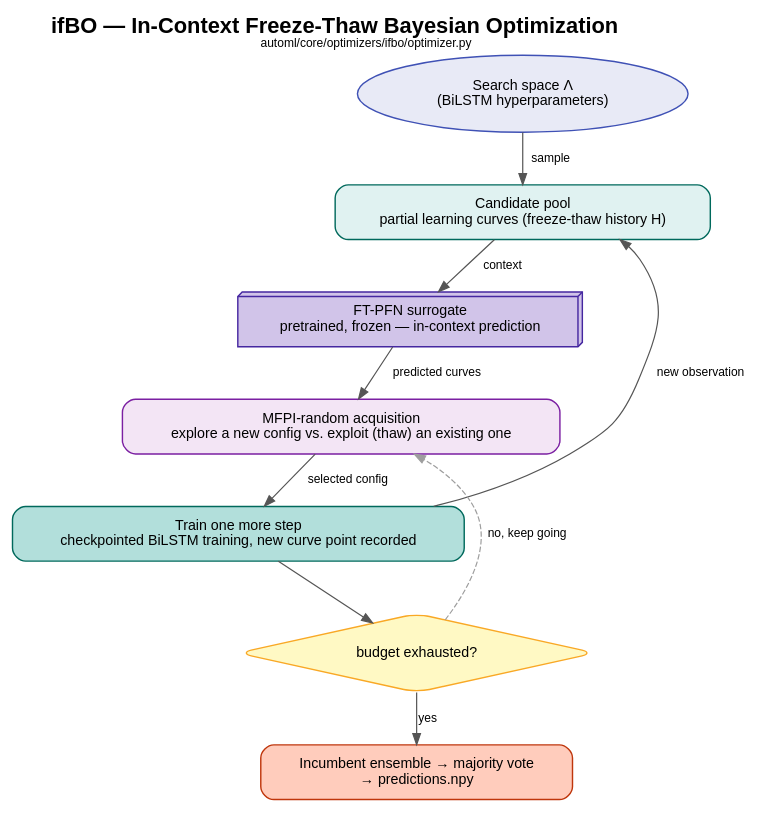
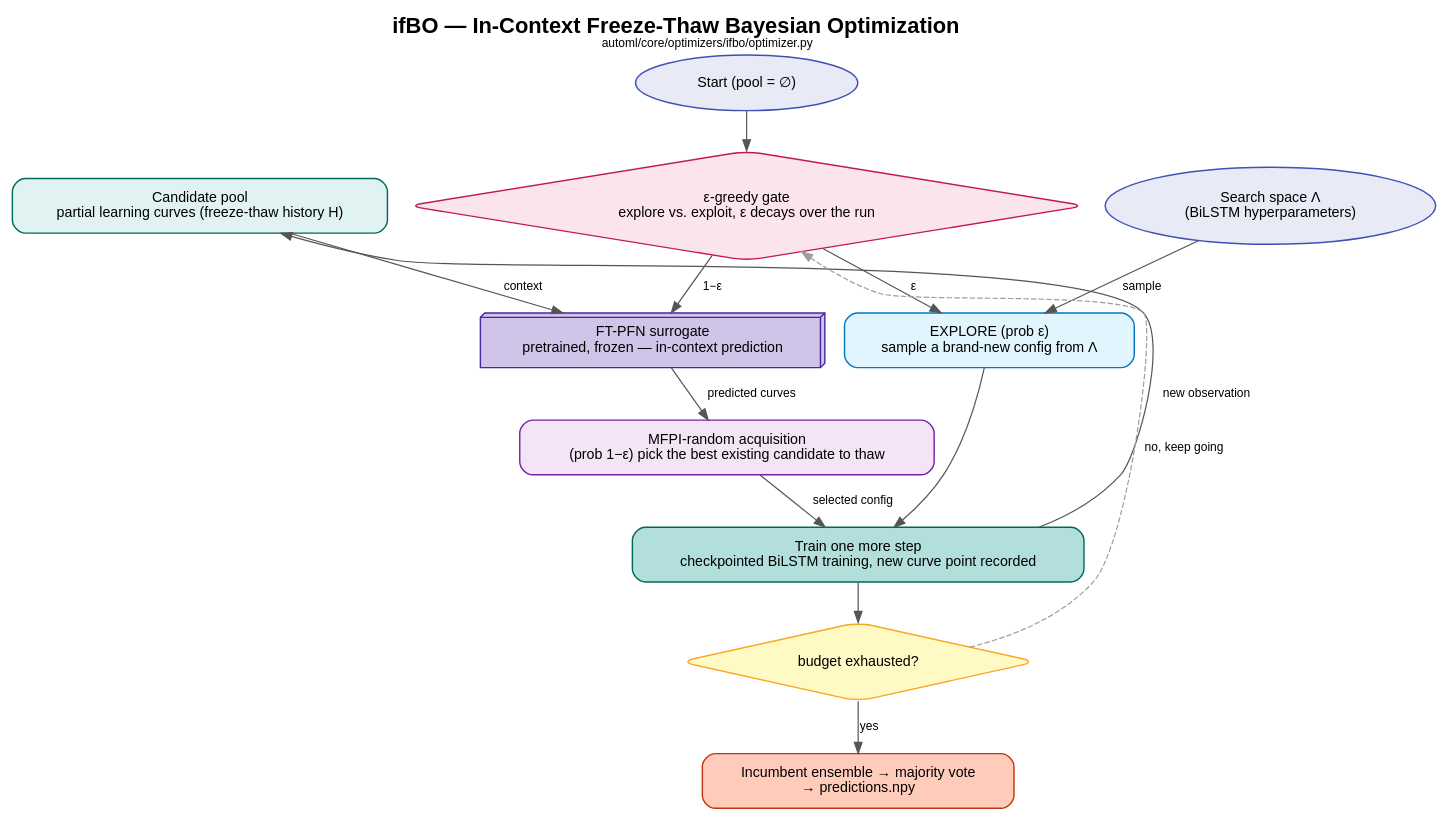
One commit to yahyafati/automl-textual-project-mirror changed the diagram in docs/ifbo_diagram.dot. Above: the diagram before and after it, drawn with Graphviz. The commit also changed 2 other files, not shown here.

Commit message:
Add epsilon-greedy explore/exploit gate back to the high-level ifBO diagram
The fully simplified version dropped the explore-vs-exploit decision
entirely; restore it as one gate node branching into a sample-new-config
path and the FT-PFN/MFPI-random path, without reintroducing the earlier
per-formula detail.

```diff
--- a/docs/ifbo_diagram.dot
+++ b/docs/ifbo_diagram.dot
@@ -1,28 +1,34 @@
 digraph ifBO {
     rankdir=TB;
     fontname="Helvetica";
     labelloc="t";
     label=<<b>ifBO — In-Context Freeze-Thaw Bayesian Optimization</b><br/><font point-size="11">automl/core/optimizers/ifbo/optimizer.py</font>>;
     fontsize=20;
     bgcolor="white";
     node [fontname="Helvetica", fontsize=13, style="filled,rounded", shape=box, penwidth=1.3, margin="0.25,0.15"];
     edge [fontname="Helvetica", fontsize=11, color="#555555", penwidth=1.1];
 
+    start [label="Start (pool = ∅)", shape=oval, fillcolor="#E8EAF6", color="#3F51B5"];
     space [label="Search space Λ\n(BiLSTM hyperparameters)", shape=oval, fillcolor="#E8EAF6", color="#3F51B5"];
     pool [label="Candidate pool\npartial learning curves (freeze-thaw history H)", fillcolor="#E0F2F1", color="#00695C"];
+    gate [label="ε-greedy gate\nexplore vs. exploit, ε decays over the run", shape=diamond, fillcolor="#FCE4EC", color="#C2185B"];
+    explore [label="EXPLORE (prob ε)\nsample a brand-new config from Λ", fillcolor="#E1F5FE", color="#0277BD"];
     surrogate [label="FT-PFN surrogate\npretrained, frozen — in-context prediction", fillcolor="#D1C4E9", color="#4527A0", shape=box3d];
-    acquisition [label="MFPI-random acquisition\nexplore a new config vs. exploit (thaw) an existing one", fillcolor="#F3E5F5", color="#7B1FA2"];
+    acquisition [label="MFPI-random acquisition\n(prob 1−ε) pick the best existing candidate to thaw", fillcolor="#F3E5F5", color="#7B1FA2"];
     train [label="Train one more step\ncheckpointed BiLSTM training, new curve point recorded", fillcolor="#B2DFDB", color="#00695C"];
     budget_check [label="budget exhausted?", shape=diamond, fillcolor="#FFF9C4", color="#F9A825"];
     output [label="Incumbent ensemble → majority vote\n→ predictions.npy", fillcolor="#FFCCBC", color="#BF360C"];
 
-    space -> pool [label="  sample"];
+    start -> gate;
+    space -> explore [label="  sample"];
     pool -> surrogate [label="  context"];
+    gate -> explore [label="  ε"];
+    gate -> surrogate [label="  1−ε"];
     surrogate -> acquisition [label="  predicted curves"];
+    explore -> train;
     acquisition -> train [label="  selected config"];
     train -> pool [label="  new observation", constraint=false];
-    pool -> budget_check [style=invis];
-    train -> budget_check [label="  "];
-    budget_check -> acquisition [label="no, keep going", constraint=false, style=dashed, color="#9E9E9E"];
+    train -> budget_check;
+    budget_check -> gate [label="no, keep going", constraint=false, style=dashed, color="#9E9E9E"];
     budget_check -> output [label="yes"];
 }
```
